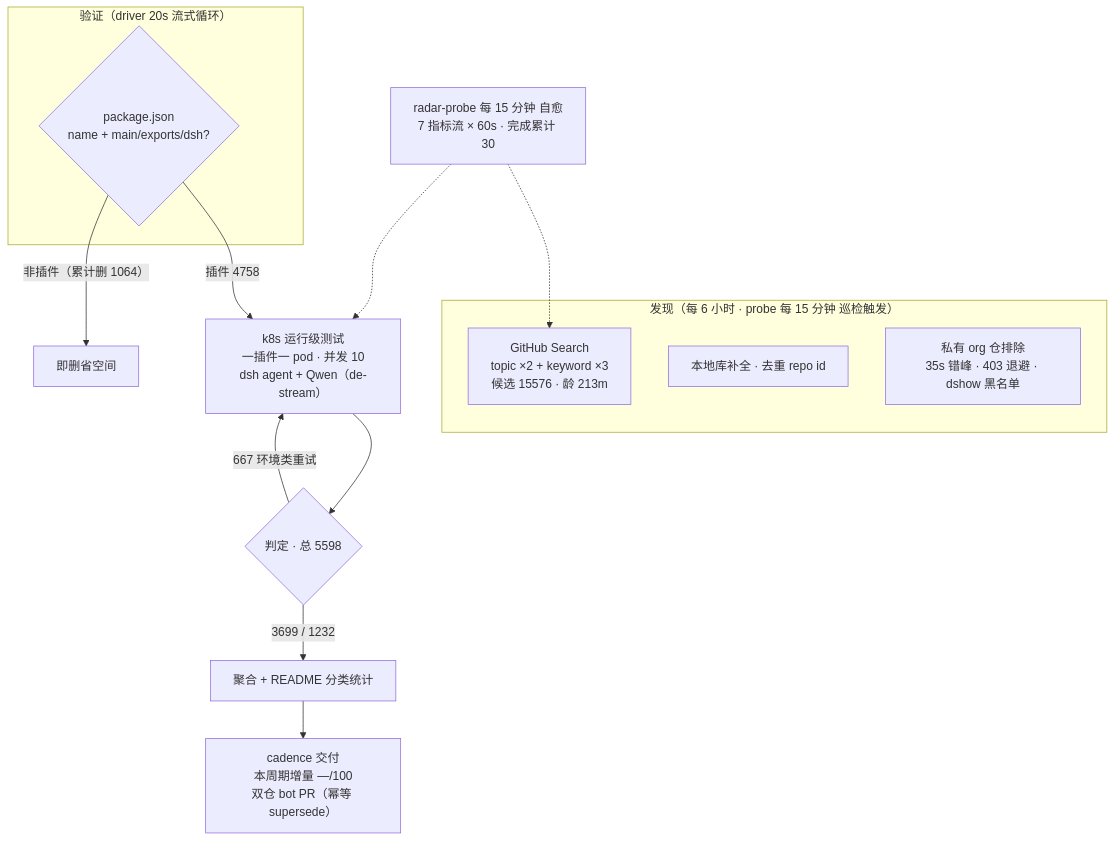
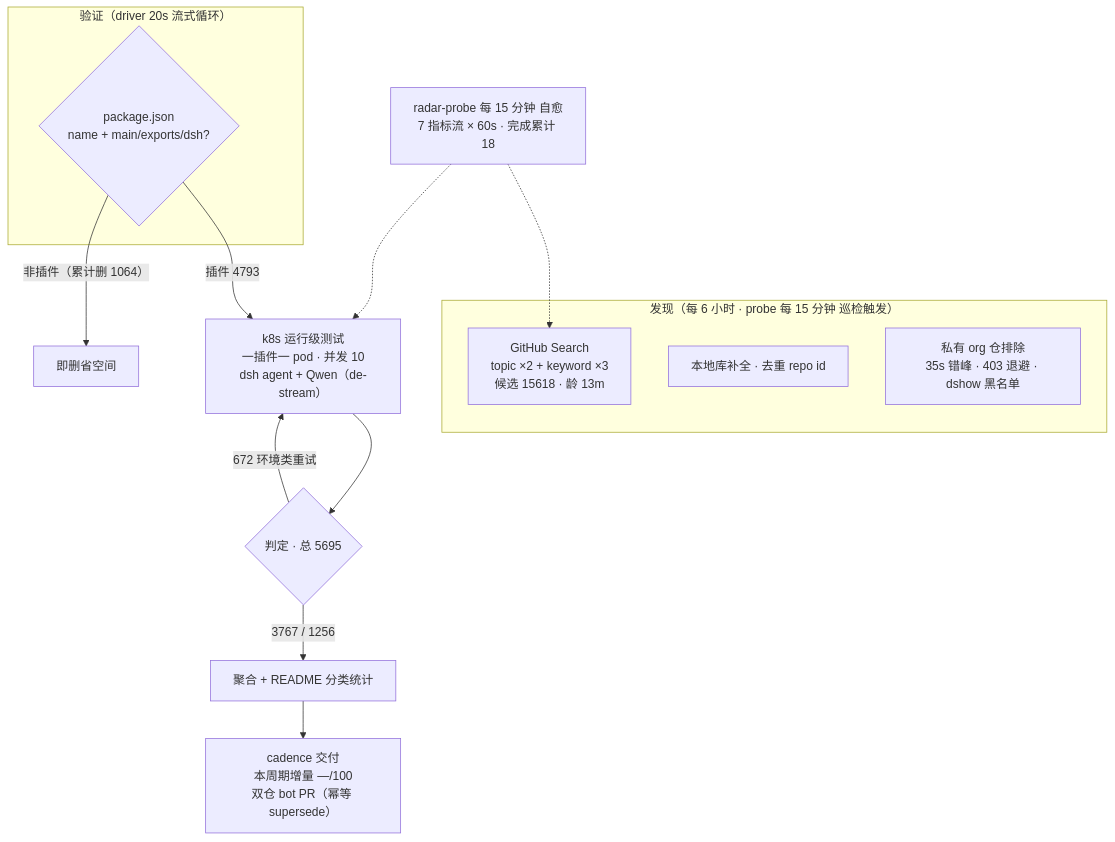
The diagram in README.md (AdamPlatin123/awesome-dsh-plugins), drawn with Mermaid before and after one commit. The commit also changed other lines of this file and 5 other files, not shown here.

````diff
--- a/README.md
+++ b/README.md
@@ -37,20 +37,20 @@
 ```mermaid
 flowchart TB
     subgraph Discovery["发现（每 6 小时 · probe 每 15 分钟 巡检触发）"]
-        A1["GitHub Search<br/>topic ×2 + keyword ×3<br/>候选 15576 · 龄 213m"]
+        A1["GitHub Search<br/>topic ×2 + keyword ×3<br/>候选 15618 · 龄 13m"]
         A2["本地库补全 · 去重 repo id"]
         A3["私有 org 仓排除<br/>35s 错峰 · 403 退避 · dshow 黑名单"]
     end
     subgraph Validation["验证（driver 20s 流式循环）"]
         B1{"package.json<br/>name + main/exports/dsh?"}
     end
-    B1 -->|"插件 4758"| C1["k8s 运行级测试<br/>一插件一 pod · 并发 10<br/>dsh agent + Qwen（de-stream）"]
+    B1 -->|"插件 4793"| C1["k8s 运行级测试<br/>一插件一 pod · 并发 10<br/>dsh agent + Qwen（de-stream）"]
     B1 -->|"非插件（累计删 1064）"| B3["即删省空间"]
-    C1 --> D1{"判定 · 总 5598"}
-    D1 -->|"3699 / 1232"| E1["聚合 + README 分类统计"]
-    D1 -->|"667 环境类重试"| C1
+    C1 --> D1{"判定 · 总 5695"}
+    D1 -->|"3767 / 1256"| E1["聚合 + README 分类统计"]
+    D1 -->|"672 环境类重试"| C1
     E1 --> E2["cadence 交付<br/>本周期增量 —/100<br/>双仓 bot PR（幂等 supersede）"]
-    M["radar-probe 每 15 分钟 自愈<br/>7 指标流 × 60s · 完成累计 30"]
+    M["radar-probe 每 15 分钟 自愈<br/>7 指标流 × 60s · 完成累计 18"]
     M -.-> A1
     M -.-> C1
 ```
````
